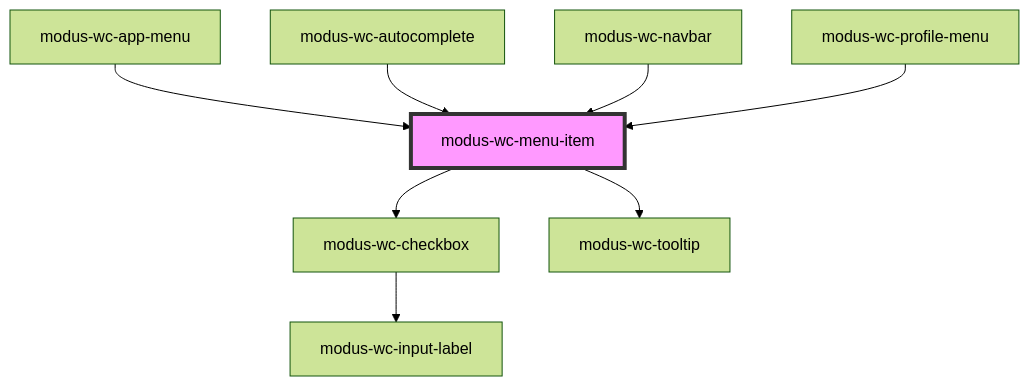
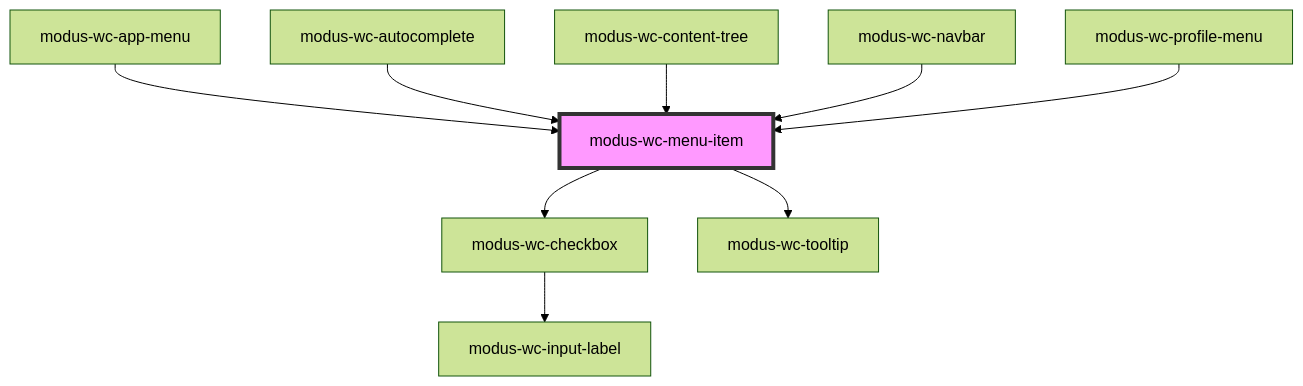
One commit to trimble-oss/modus-wc-2.0 changed the diagram in src/components/modus-wc-menu-item/readme.md. Above: the diagram before and after it, drawn with Mermaid (forest theme). The commit also changed other lines of this file and 20 other files, not shown here.

````diff
--- a/src/components/modus-wc-menu-item/readme.md
+++ b/src/components/modus-wc-menu-item/readme.md
@@ -68,11 +69,12 @@
 ```mermaid
 graph TD;
   modus-wc-menu-item --> modus-wc-checkbox
   modus-wc-menu-item --> modus-wc-tooltip
   modus-wc-checkbox --> modus-wc-input-label
   modus-wc-app-menu --> modus-wc-menu-item
   modus-wc-autocomplete --> modus-wc-menu-item
+  modus-wc-content-tree --> modus-wc-menu-item
   modus-wc-navbar --> modus-wc-menu-item
   modus-wc-profile-menu --> modus-wc-menu-item
   style modus-wc-menu-item fill:#f9f,stroke:#333,stroke-width:4px
 ```
````
